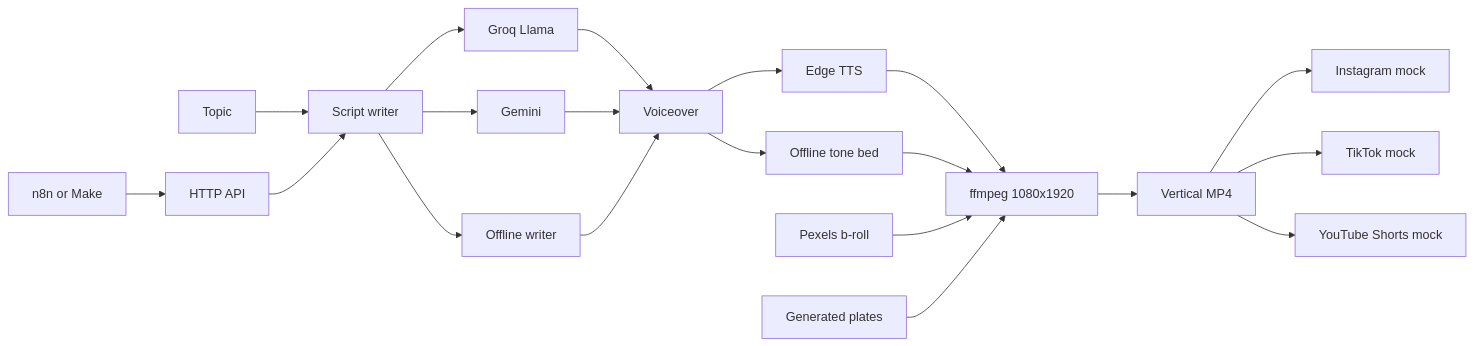
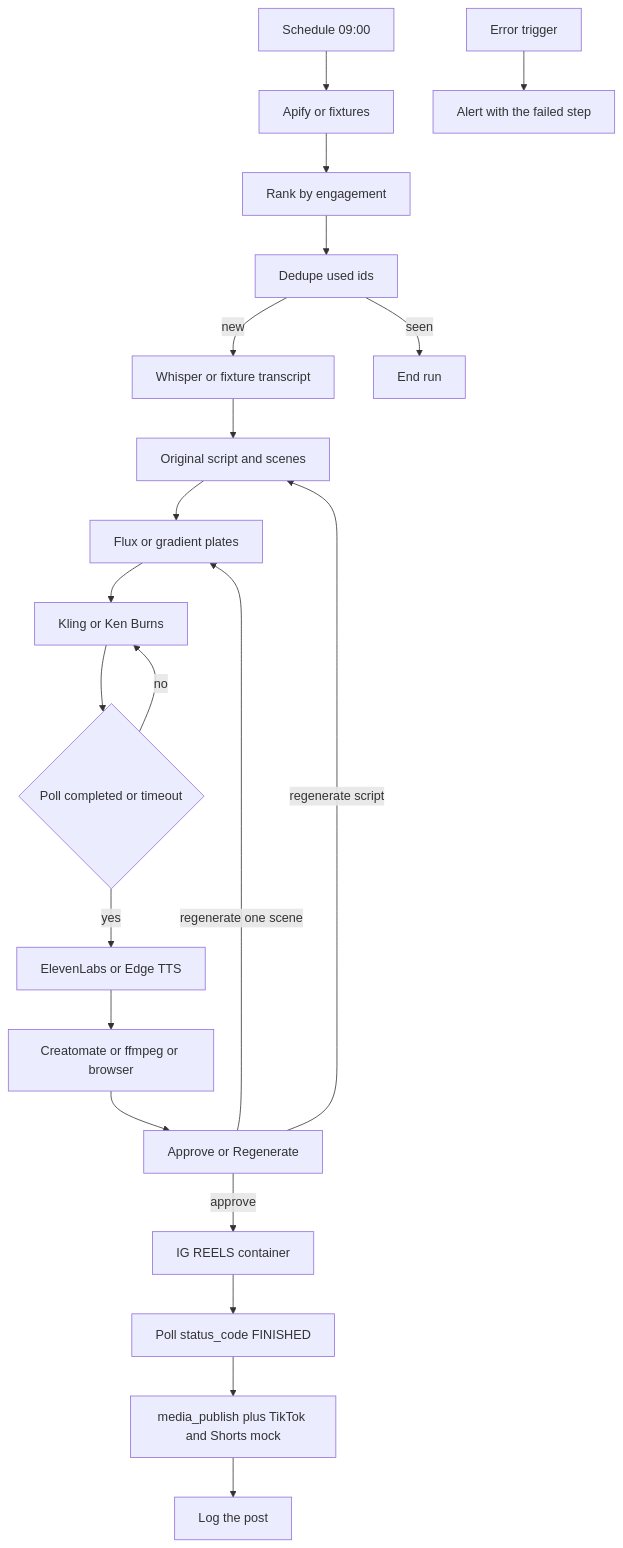
The diagram in README.md (mustafaautomation/ai-shorts-video-pipeline), drawn with Mermaid before and after one commit. The commit also changed other lines of this file and 32 other files, not shown here.

First line of the commit message:
Daily reel pipeline with an in-browser MP4 (#2)

````diff
--- a/README.md
+++ b/README.md
@@ -13,22 +54,23 @@
 ```mermaid
-flowchart LR
-  topic[Topic] --> writer[Script writer]
-  writer --> groq[Groq Llama]
-  writer --> gemini[Gemini]
-  writer --> offline[Offline writer]
-  groq --> voice[Voiceover]
-  gemini --> voice
-  offline --> voice
-  voice --> edge[Edge TTS]
-  voice --> tone[Offline tone bed]
-  edge --> render[ffmpeg 1080x1920]
-  tone --> render
-  pexels[Pexels b-roll] --> render
-  plates[Generated plates] --> render
-  render --> reel[Vertical MP4]
-  reel --> ig[Instagram mock]
-  reel --> tt[TikTok mock]
-  reel --> yt[YouTube Shorts mock]
-  n8n[n8n or Make] --> api[HTTP API]
-  api --> writer
+flowchart TD
+  cron[Schedule 09:00] --> scrape[Apify or fixtures]
+  scrape --> rank[Rank by engagement]
+  rank --> dedupe[Dedupe used ids]
+  dedupe -->|new| whisper[Whisper or fixture transcript]
+  dedupe -->|seen| stop[End run]
+  whisper --> script[Original script and scenes]
+  script --> stills[Flux or gradient plates]
+  stills --> motion[Kling or Ken Burns]
+  motion --> poll{Poll completed or timeout}
+  poll -->|no| motion
+  poll -->|yes| voice[ElevenLabs or Edge TTS]
+  voice --> render[Creatomate or ffmpeg or browser]
+  render --> human[Approve or Regenerate]
+  human -->|regenerate script| script
+  human -->|regenerate one scene| stills
+  human -->|approve| ig[IG REELS container]
+  ig --> wait[Poll status_code FINISHED]
+  wait --> publish[media_publish plus TikTok and Shorts mock]
+  publish --> log[Log the post]
+  fail[Error trigger] --> alert[Alert with the failed step]
 ```
````
